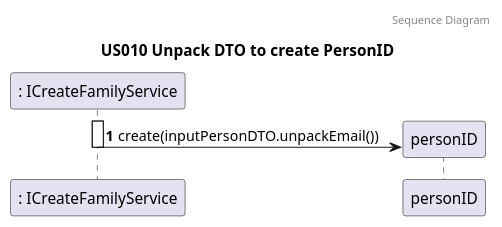
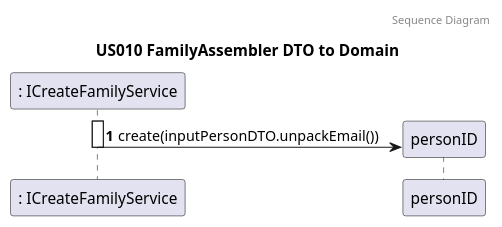
Before and after one commit to tomas-osswald/switch_2020_g3: the fourth of 7 diagrams in docs/sprint4/user_stories/US010_CreateAFamilyAndSetAdministrator.md, drawn with PlantUML. The commit also changed other lines of this file and 1 other file, not shown here.

Commit message:
fix FamilyAssembler Domain to Data

`````diff
--- a/docs/sprint4/user_stories/US010_CreateAFamilyAndSetAdministrator.md
+++ b/docs/sprint4/user_stories/US010_CreateAFamilyAndSetAdministrator.md
@@ -172,15 +172,16 @@
 ````puml
 @startuml
 
 autonumber
 header Sequence Diagram
-title US010 Unpack DTO to create PersonID
+title US010 FamilyAssembler DTO to Domain
 
 participant ": ICreateFamilyService" as CreateFamService
+
 
 activate CreateFamService
 CreateFamService -> personID** : create(inputPersonDTO.unpackEmail())
 deactivate CreateFamService
 
 @enduml
 ````
`````
